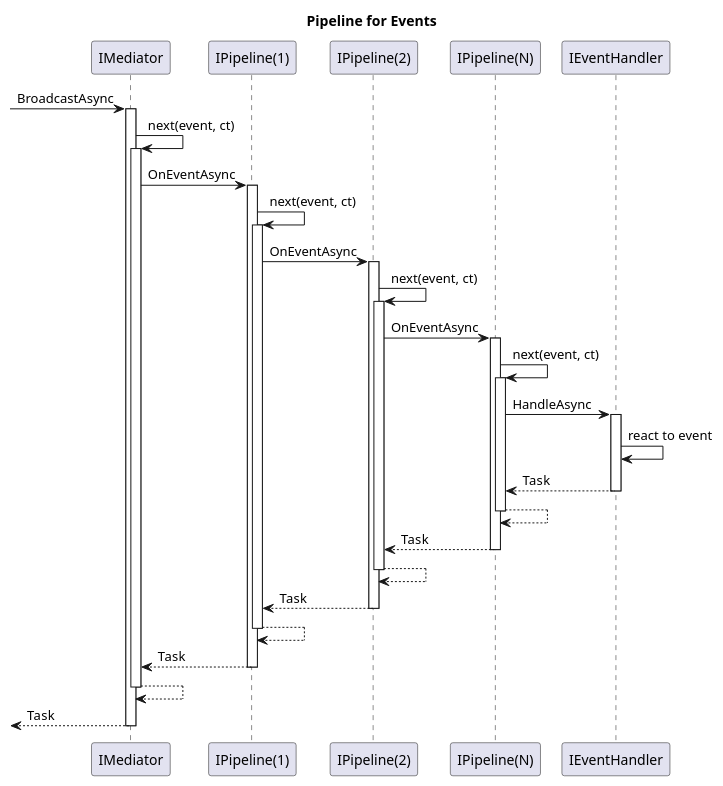
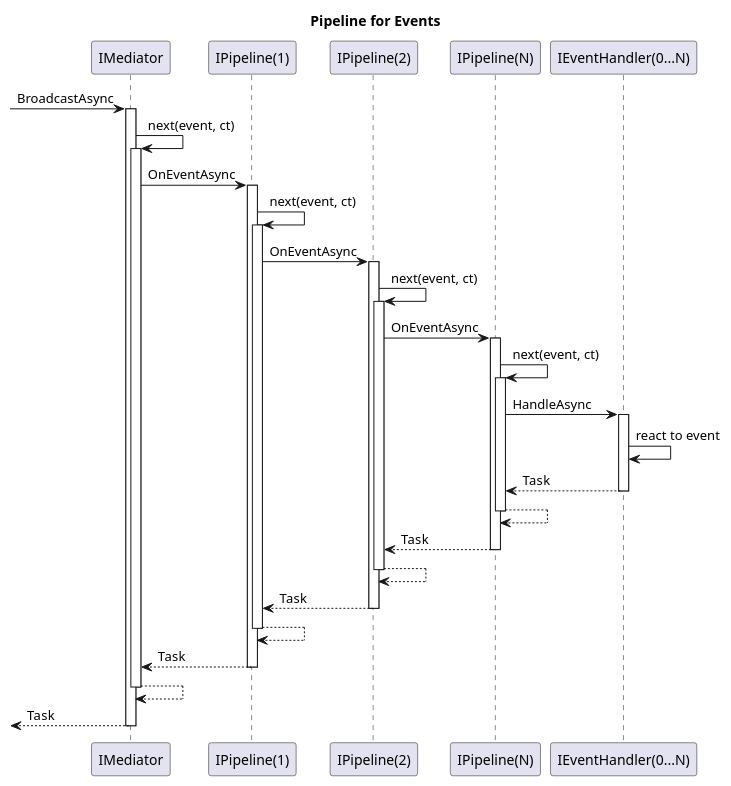
One commit to simplesoft-pt/Mediator changed the diagram in resources/pipeline-events.puml. Above: the diagram before and after it, drawn with PlantUML. The commit also changed 1 other file, not shown here.

Commit message:
event pipeline improve

```diff
--- a/resources/pipeline-events.puml
+++ b/resources/pipeline-events.puml
@@ -1,24 +1,24 @@
 @startuml pipeline-events
 title Pipeline for Events 
 
 [-> IMediator ++: BroadcastAsync
 IMediator -> IMediator ++: next(event, ct)
 IMediator -> "IPipeline(1)" ++: OnEventAsync
 "IPipeline(1)" -> "IPipeline(1)" ++: next(event, ct)
 "IPipeline(1)" -> "IPipeline(2)" ++: OnEventAsync
 "IPipeline(2)" -> "IPipeline(2)" ++: next(event, ct)
 "IPipeline(2)" -> "IPipeline(N)" ++: OnEventAsync
 "IPipeline(N)" -> "IPipeline(N)" ++: next(event, ct)
-"IPipeline(N)" -> IEventHandler ++: HandleAsync
-IEventHandler -> IEventHandler : react to event
+"IPipeline(N)" -> "IEventHandler(0...N)" ++: HandleAsync
+"IEventHandler(0...N)" -> "IEventHandler(0...N)" : react to event
 return Task
 return
 return Task
 return
 return Task
 return
 return Task
 return
 return Task
 
 @enduml
```
